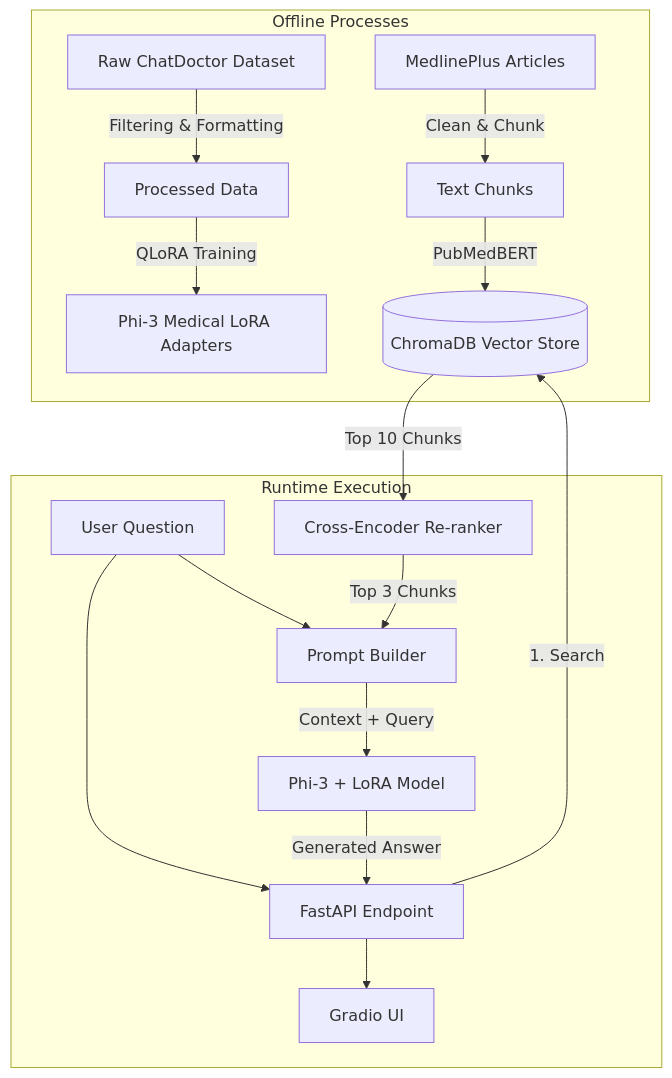
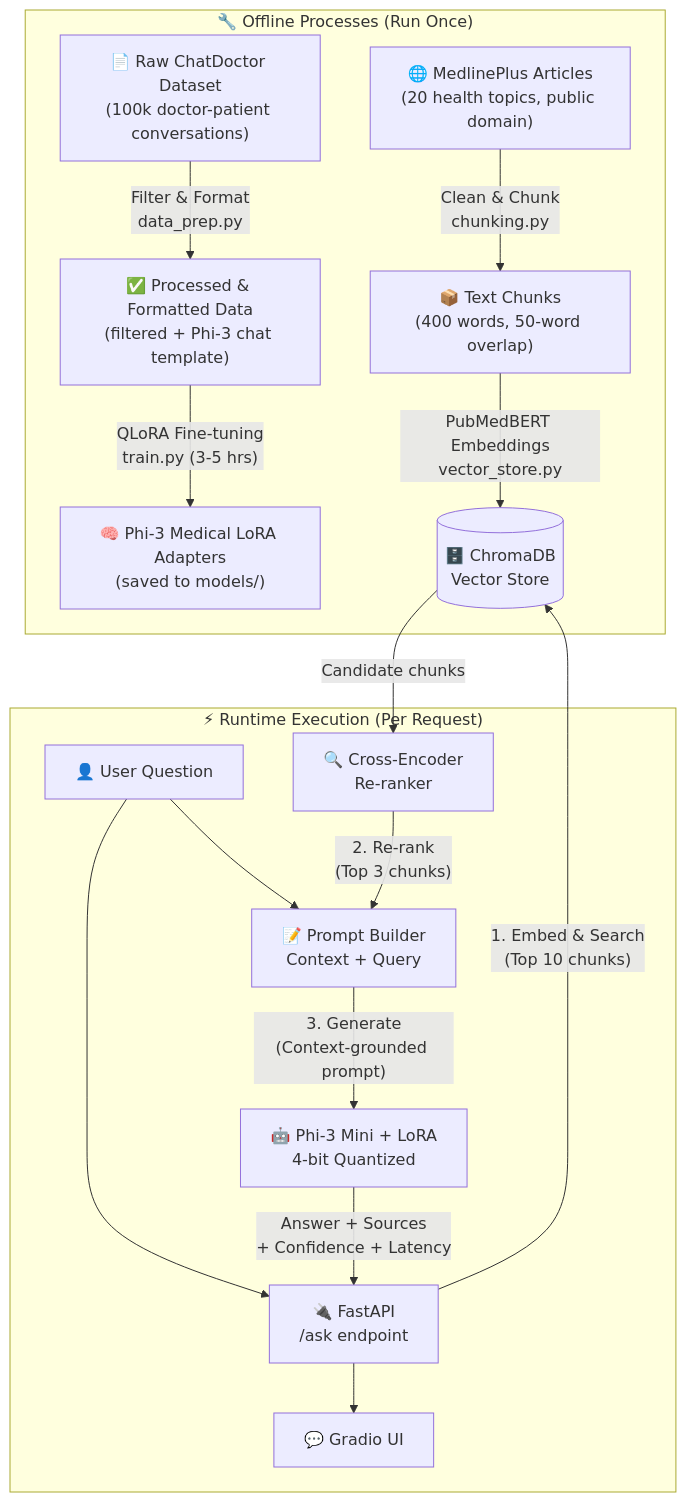
Before and after one commit to koi-bito/Medical-QA-AI-Assistant: the diagram in SYSTEM_DESIGN.md, drawn with Mermaid. The commit also changed other lines of this file and 1 other file, not shown here.

````diff
--- a/SYSTEM_DESIGN.md
+++ b/SYSTEM_DESIGN.md
@@ -11,21 +14,34 @@
 ```mermaid
 graph TD
-    subgraph Offline Processes
-        A["Raw ChatDoctor Dataset"] -->|"Filtering & Formatting"| B["Processed Data"]
-        B -->|"QLoRA Training"| C["Phi-3 Medical LoRA Adapters"]
+    subgraph "🔧 Offline Processes (Run Once)"
+        A["📄 Raw ChatDoctor Dataset\n(100k doctor-patient conversations)"]
+        B["✅ Processed & Formatted Data\n(filtered + Phi-3 chat template)"]
+        C["🧠 Phi-3 Medical LoRA Adapters\n(saved to models/)"]
+        D["🌐 MedlinePlus Articles\n(20 health topics, public domain)"]
+        E["📦 Text Chunks\n(400 words, 50-word overlap)"]
+        F[("🗄️ ChromaDB\nVector Store")]
 
-        D["MedlinePlus Articles"] -->|"Clean & Chunk"| E["Text Chunks"]
-        E -->|"PubMedBERT"| F[("ChromaDB Vector Store")]
+        A -->|"Filter & Format\ndata_prep.py"| B
+        B -->|"QLoRA Fine-tuning\ntrain.py (3-5 hrs)"| C
+        D -->|"Clean & Chunk\nchunking.py"| E
+        E -->|"PubMedBERT Embeddings\nvector_store.py"| F
     end
 
-    subgraph Runtime Execution
-        G["User Question"] --> H["FastAPI Endpoint"]
-        H -->|"1. Search"| F
-        F -->|"Top 10 Chunks"| I["Cross-Encoder Re-ranker"]
-        I -->|"Top 3 Chunks"| J["Prompt Builder"]
+    subgraph "⚡ Runtime Execution (Per Request)"
+        G["👤 User Question"]
+        H["🔌 FastAPI\n/ask endpoint"]
+        I["🔍 Cross-Encoder\nRe-ranker"]
+        J["📝 Prompt Builder\nContext + Query"]
+        K["🤖 Phi-3 Mini + LoRA\n4-bit Quantized"]
+        L["💬 Gradio UI"]
+
+        G --> H
+        H -->|"1. Embed & Search\n(Top 10 chunks)"| F
+        F -->|"Candidate chunks"| I
+        I -->|"2. Re-rank\n(Top 3 chunks)"| J
         G --> J
-        J -->|"Context + Query"| K["Phi-3 + LoRA Model"]
-        K -->|"Generated Answer"| H
-        H --> L["Gradio UI"]
+        J -->|"3. Generate\n(Context-grounded prompt)"| K
+        K -->|"Answer + Sources\n+ Confidence + Latency"| H
+        H --> L
     end
 ```
````
